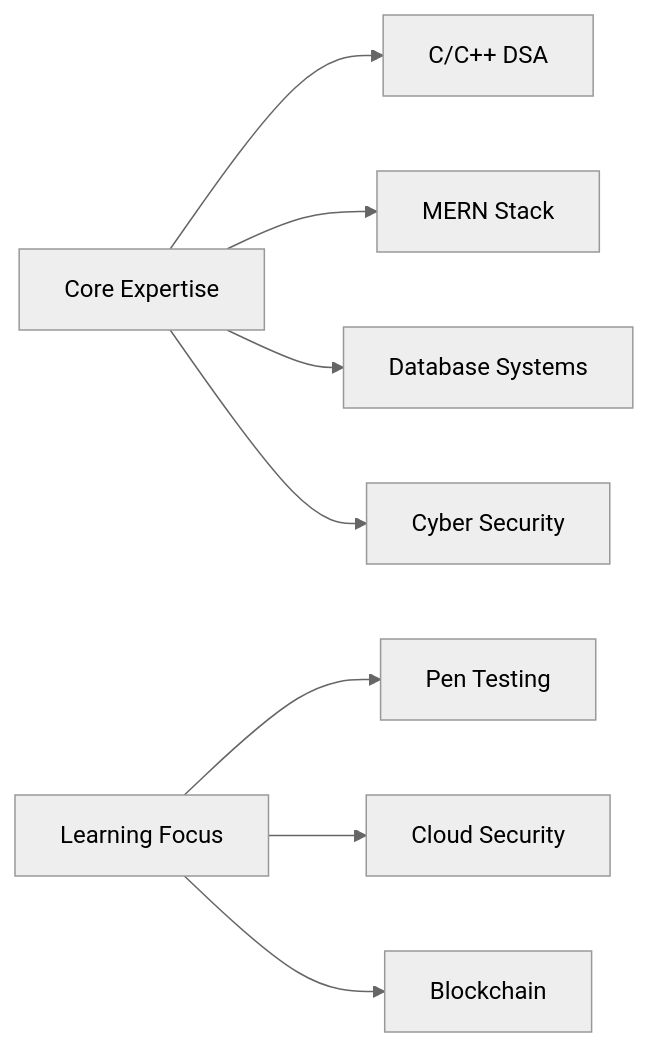
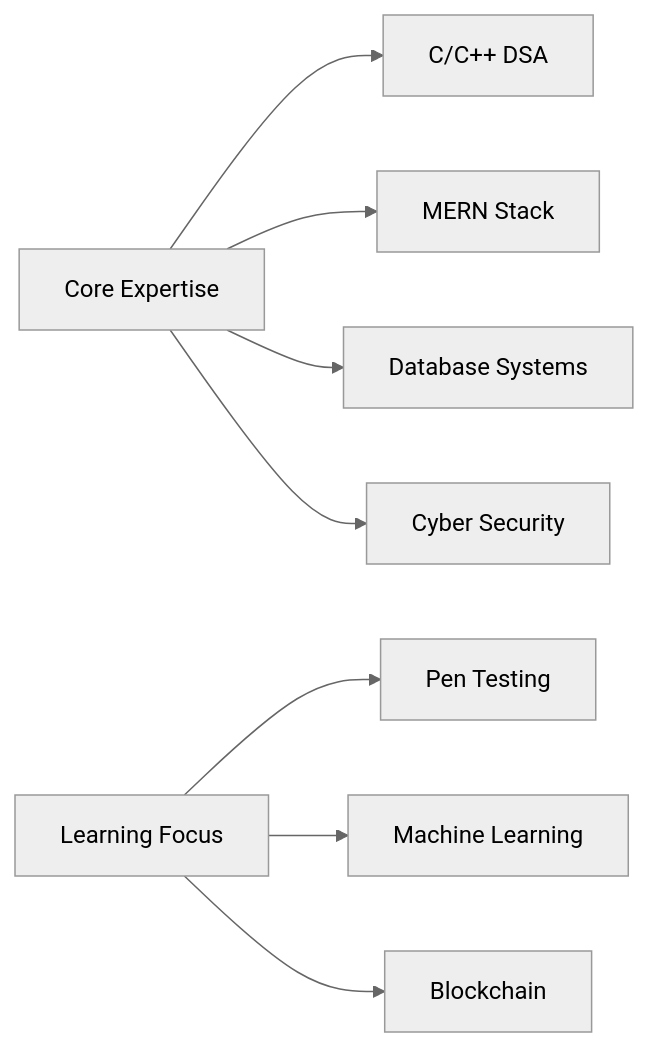
One commit to AdityaDabgotra/AdityaDabgotra changed the diagram in README.md. Above: the diagram before and after it, drawn with Mermaid (neutral theme).

````diff
--- a/README.md
+++ b/README.md
@@ -11,10 +11,10 @@
 ```mermaid
 graph LR
     A[Core Expertise] --> B[C/C++ DSA];
     A --> C[MERN Stack];
     A --> D[Database Systems];
     A --> E[Cyber Security];
     F[Learning Focus] --> G[Pen Testing];
-    F --> H[Cloud Security];
+    F --> H[Machine Learning];
     F --> I[Blockchain];
 ```
````
